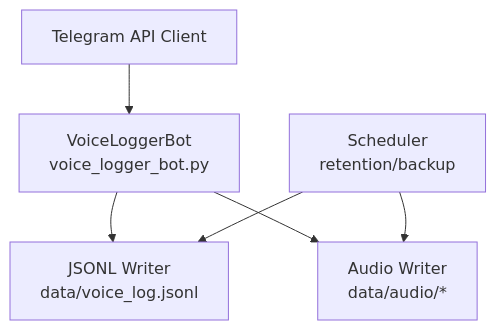
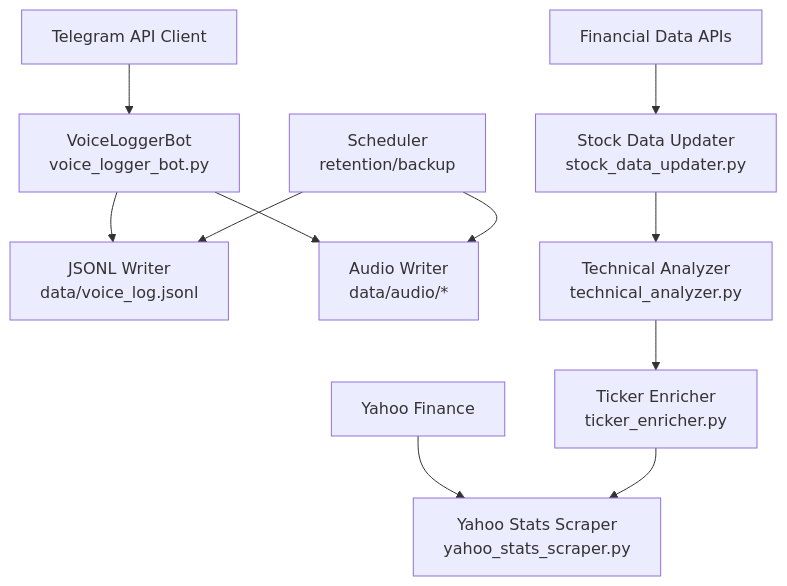
Before and after one commit to ZengSeng/telegram-bot: the third of 3 diagrams in .qoder/repowiki/en/content/Data Management.md, drawn with Mermaid. The commit also changed other lines of this file and 9 other files, not shown here.

````diff
--- a/.qoder/repowiki/en/content/Data Management.md
+++ b/.qoder/repowiki/en/content/Data Management.md
@@ -244,8 +346,13 @@
 ```mermaid
 graph TB
 T["Telegram API Client"] --> VLB["VoiceLoggerBot<br/>voice_logger_bot.py"]
 VLB --> J["JSONL Writer<br/>data/voice_log.jsonl"]
 VLB --> A["Audio Writer<br/>data/audio/*"]
+F1["Financial Data APIs"] --> SDU["Stock Data Updater<br/>stock_data_updater.py"]
+F2["Yahoo Finance"] --> YSS["Yahoo Stats Scraper<br/>yahoo_stats_scraper.py"]
+SDU --> TA["Technical Analyzer<br/>technical_analyzer.py"]
+TA --> TE["Ticker Enricher<br/>ticker_enricher.py"]
+TE --> YSS
 S["Scheduler<br/>retention/backup"] --> J
 S --> A
 ```
````
